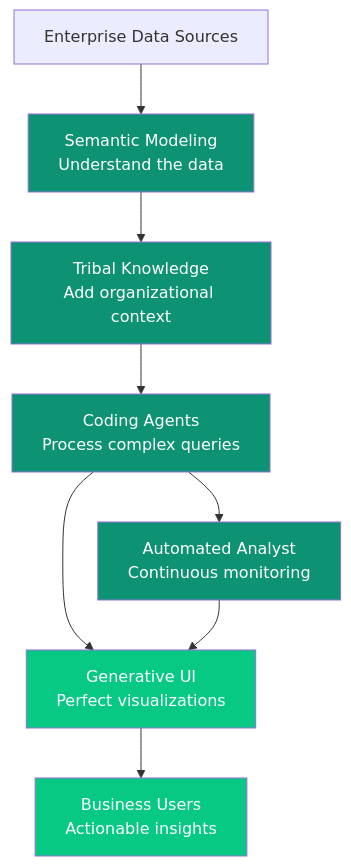
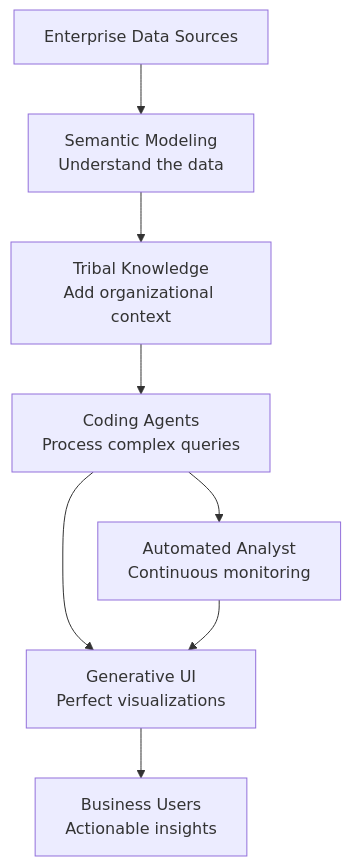
Before and after one commit to ashishsuperatom/tech-docs: the second of 2 diagrams in ip/overview.mdx, drawn with Mermaid. The commit also changed other lines of this file and 37 other files, not shown here.

First line of the commit message:
Clean up docs: remove em-dashes, fix mermaid diagrams, remove emojis

````diff
--- a/ip/overview.mdx
+++ b/ip/overview.mdx
@@ -85,23 +79,17 @@
 ```mermaid
 flowchart TD
     DATA["Enterprise Data Sources"] --> SM["Semantic Modeling<br>Understand the data"]
 
     SM --> TK["Tribal Knowledge<br>Add organizational context"]
 
     TK --> CA["Coding Agents<br>Process complex queries"]
 
     CA --> AA["Automated Analyst<br>Continuous monitoring"]
 
     CA --> GUI["Generative UI<br>Perfect visualizations"]
 
     AA --> GUI
 
     GUI --> USER["Business Users<br>Actionable insights"]
 
-    style SM fill:#0D9373,color:#fff
-    style TK fill:#0D9373,color:#fff
-    style CA fill:#0D9373,color:#fff
-    style AA fill:#0D9373,color:#fff
-    style GUI fill:#07C983,color:#fff
-    style USER fill:#07C983,color:#fff
 ```
````
